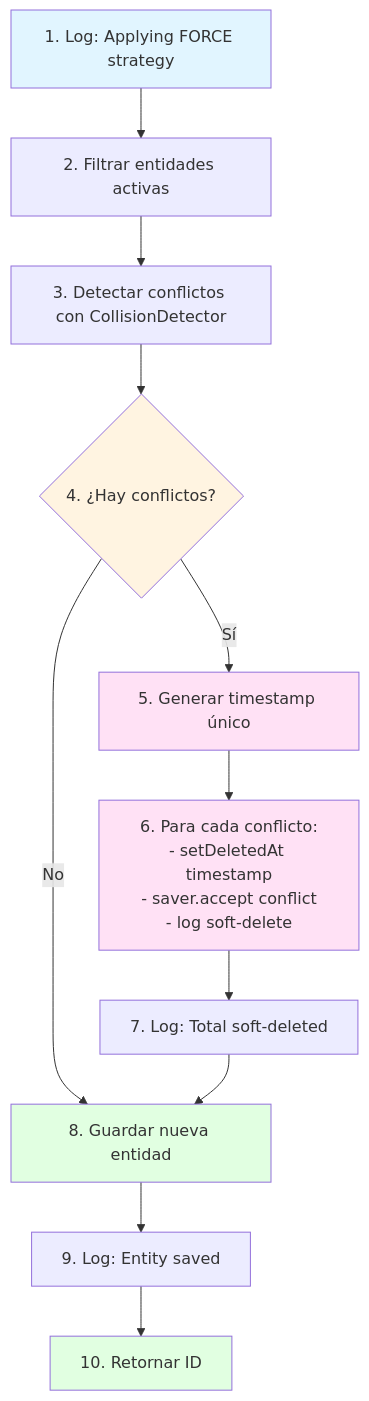
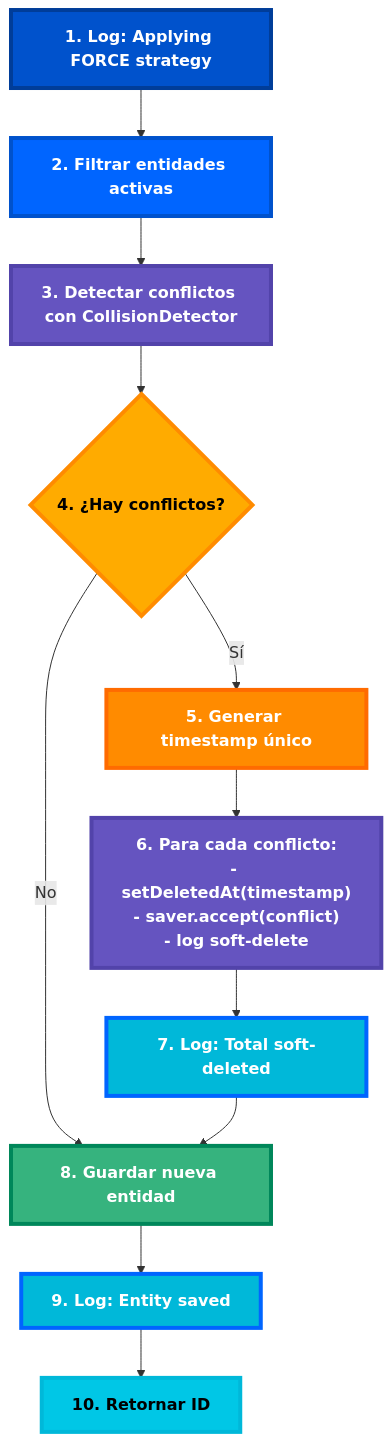
One commit to raulburgosbds/documentos_bds changed the fourth of 6 diagrams in guides/guia-implementacion-estrategia-force-default/guia-implementacion-estrategia-force-default.md. Above: the diagram before and after it, drawn with Mermaid. The commit also changed other lines of this file, not shown here.

````diff
--- a/guides/guia-implementacion-estrategia-force-default/guia-implementacion-estrategia-force-default.md
+++ b/guides/guia-implementacion-estrategia-force-default/guia-implementacion-estrategia-force-default.md
@@ -3336,20 +1007,24 @@
 ```mermaid
 flowchart TD
     A[1. Log: Applying FORCE strategy] --> B[2. Filtrar entidades activas]
     B --> C[3. Detectar conflictos con CollisionDetector]
     C --> D{4. ¿Hay conflictos?}
     D -->|No| H[8. Guardar nueva entidad]
     D -->|Sí| E[5. Generar timestamp único]
-    E --> F[6. Para cada conflicto:<br/>- setDeletedAt timestamp<br/>- saver.accept conflict<br/>- log soft-delete]
+    E --> F["6. Para cada conflicto:<br/>- setDeletedAt(timestamp)<br/>- saver.accept(conflict)<br/>- log soft-delete"]
     F --> G[7. Log: Total soft-deleted]
     G --> H
     H --> I[9. Log: Entity saved]
     I --> J[10. Retornar ID]
     
-    style A fill:#e1f5ff
-    style D fill:#fff4e1
-    style E fill:#ffe1f5
-    style F fill:#ffe1f5
-    style H fill:#e1ffe1
-    style J fill:#e1ffe1
+    style A fill:#0052CC,stroke:#003D99,stroke-width:4px,color:#FFFFFF,font-weight:bold
+    style B fill:#0065FF,stroke:#0052CC,stroke-width:4px,color:#FFFFFF,font-weight:bold
+    style C fill:#6554C0,stroke:#5243AA,stroke-width:4px,color:#FFFFFF,font-weight:bold
+    style D fill:#FFAB00,stroke:#FF8B00,stroke-width:4px,color:#000000,font-weight:bold
+    style E fill:#FF8B00,stroke:#FF6B00,stroke-width:4px,color:#FFFFFF,font-weight:bold
+    style F fill:#6554C0,stroke:#5243AA,stroke-width:4px,color:#FFFFFF,font-weight:bold
+    style G fill:#00B8D9,stroke:#0065FF,stroke-width:4px,color:#FFFFFF,font-weight:bold
+    style H fill:#36B37E,stroke:#00875A,stroke-width:4px,color:#FFFFFF,font-weight:bold
+    style I fill:#00B8D9,stroke:#0065FF,stroke-width:4px,color:#FFFFFF,font-weight:bold
+    style J fill:#00C7E6,stroke:#00B8D9,stroke-width:4px,color:#000000,font-weight:bold
 ```
````
